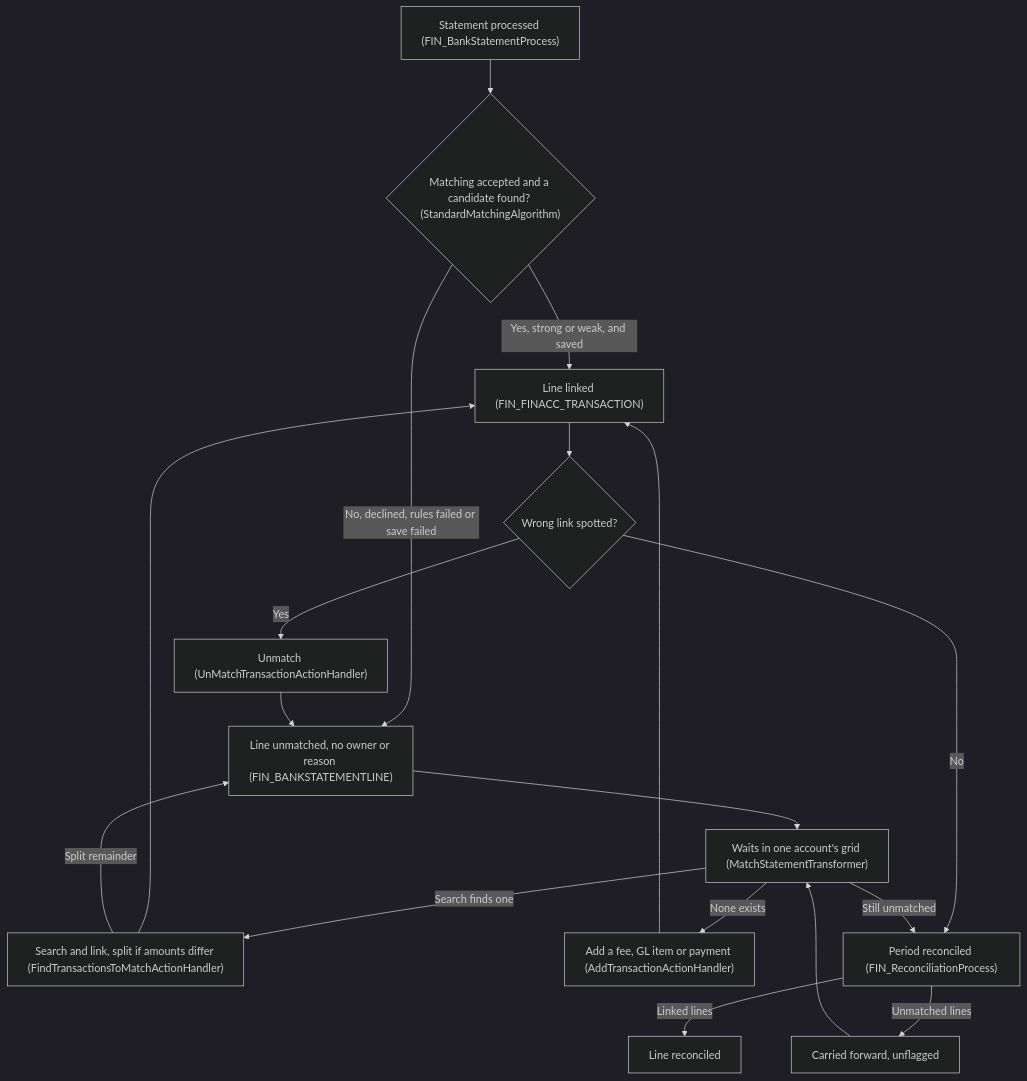
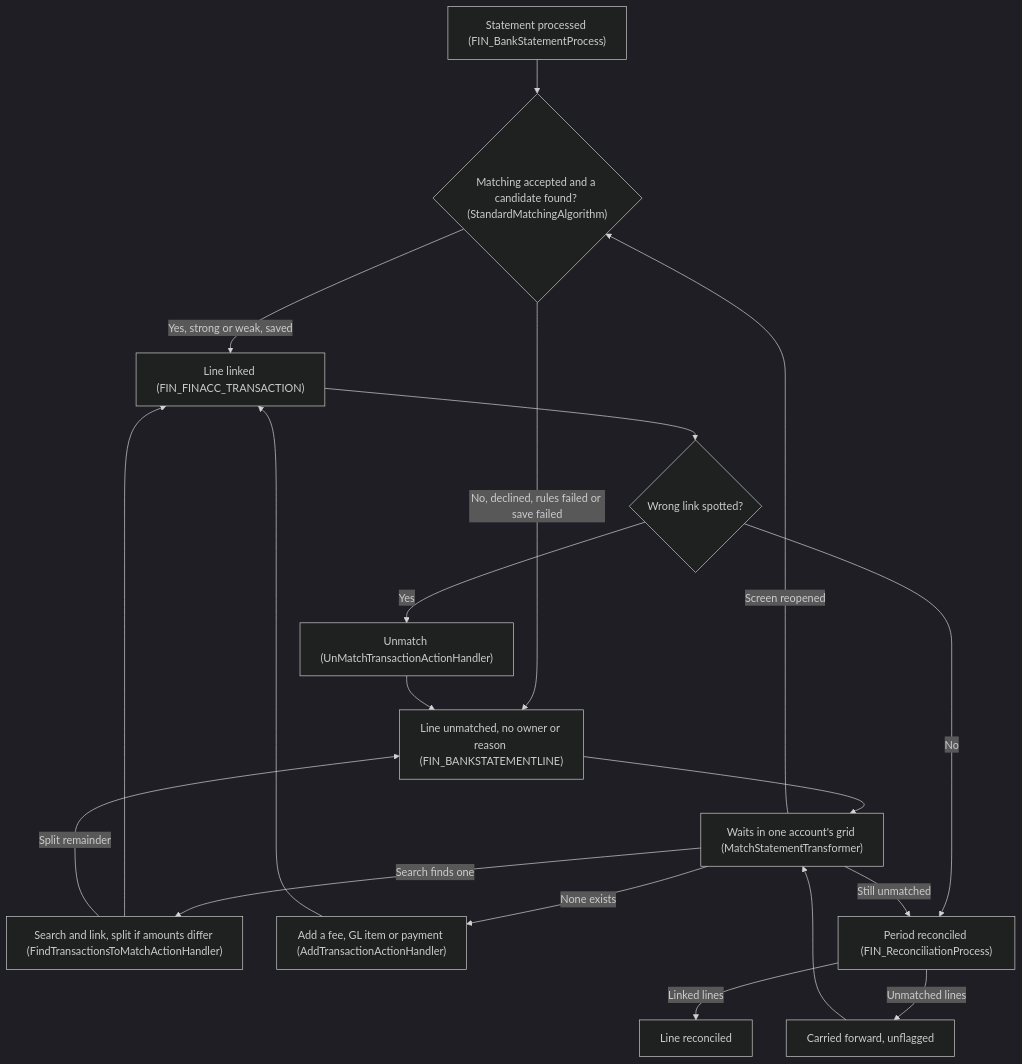
Before and after one commit to blitzy-public-samples/openbravo-erp: the ninth of 9 diagrams in docs/analysis/analysis-1-current-state-reconciliation.md, drawn with Mermaid (dark theme). The commit also changed other lines of this file, not shown here.

````diff
--- a/docs/analysis/analysis-1-current-state-reconciliation.md
+++ b/docs/analysis/analysis-1-current-state-reconciliation.md
@@ -526,22 +526,23 @@
 ```mermaid
 flowchart TD
     accTitle: Figure 9. Lifecycle of an Unmatched Statement Line
     accDescr: A line moves from processing to reconciliation or carry-forward.
     A["Statement processed (FIN_BankStatementProcess)"] --> B{"Matching accepted and a candidate found? (StandardMatchingAlgorithm)"}
-    B -->|"Yes, strong or weak, and saved"| L["Line linked (FIN_FINACC_TRANSACTION)"]
+    B -->|"Yes, strong or weak, saved"| L["Line linked (FIN_FINACC_TRANSACTION)"]
     B -->|"No, declined, rules failed or save failed"| U["Line unmatched, no owner or reason (FIN_BANKSTATEMENTLINE)"]
     U --> G["Waits in one account's grid (MatchStatementTransformer)"]
     G -->|"Search finds one"| S["Search and link, split if amounts differ (FindTransactionsToMatchActionHandler)"]
     G -->|"None exists"| D["Add a fee, GL item or payment (AddTransactionActionHandler)"]
     S --> L
     S -->|"Split remainder"| U
     D --> L
     L --> W{"Wrong link spotted?"}
     W -->|"Yes"| X["Unmatch (UnMatchTransactionActionHandler)"]
     X --> U
     W -->|"No"| R["Period reconciled (FIN_ReconciliationProcess)"]
     G -->|"Still unmatched"| R
     R -->|"Linked lines"| C["Line reconciled"]
     R -->|"Unmatched lines"| F["Carried forward, unflagged"]
     F --> G
+    G -->|"Screen reopened"| B
 ```
````
